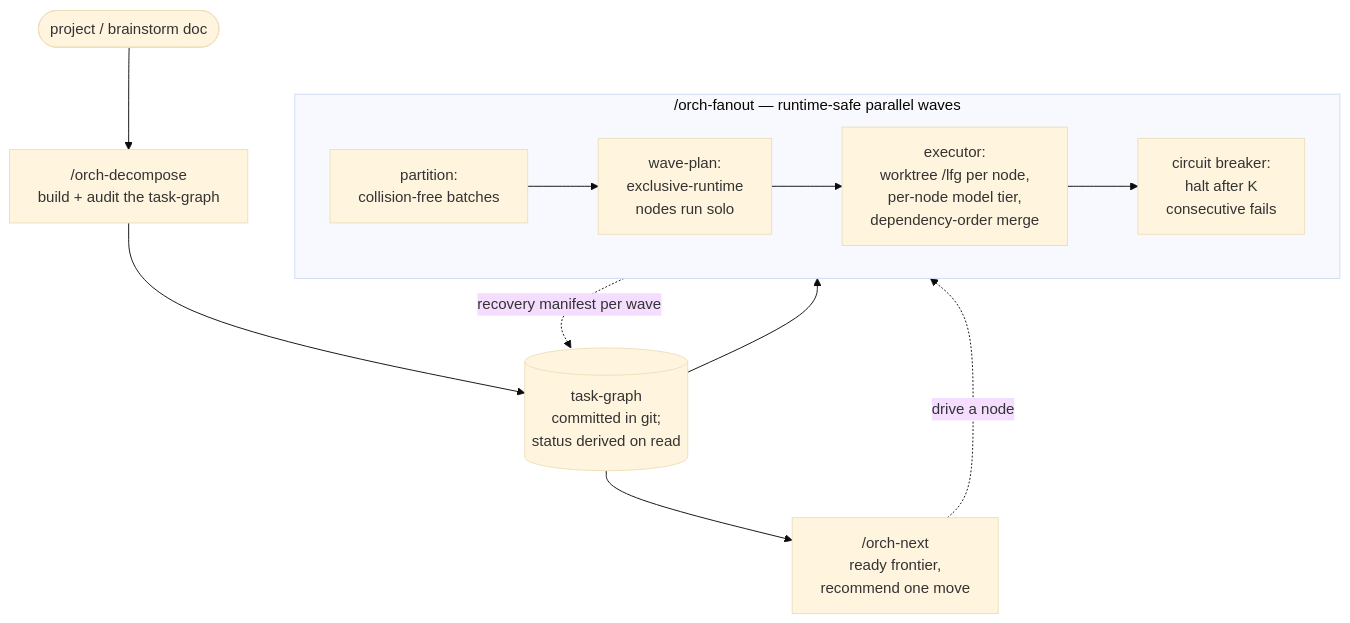
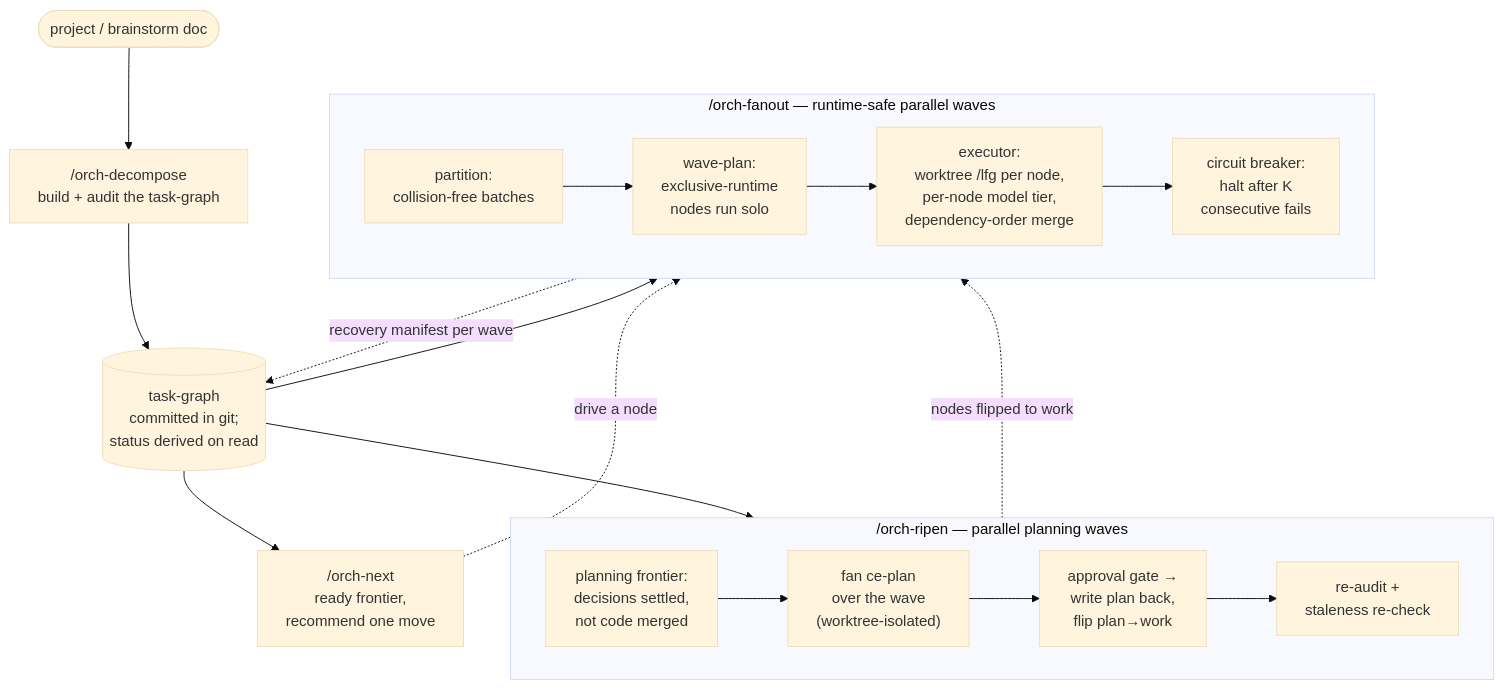
One commit to pjhoberman/compound-engineering-orchestrator changed the diagram in README.md. Above: the diagram before and after it, drawn with Mermaid (base theme). The commit also changed other lines of this file and 28 other files, not shown here.

````diff
--- a/README.md
+++ b/README.md
@@ -22,15 +22,23 @@
 ```mermaid
 flowchart TB
     P(["project / brainstorm doc"]) --> OD["/orch-decompose<br/>build + audit the task-graph"]
     OD --> TG[("task-graph<br/>committed in git;<br/>status derived on read")]
     TG --> ON["/orch-next<br/>ready frontier,<br/>recommend one move"]
+    TG --> OR
     TG --> OF
+    subgraph OR["/orch-ripen — parallel planning waves"]
+        direction LR
+        PF["planning frontier:<br/>decisions settled,<br/>not code merged"] --> CP["fan ce-plan<br/>over the wave<br/>(worktree-isolated)"]
+        CP --> WB["approval gate →<br/>write plan back,<br/>flip plan→work"]
+        WB --> RA["re-audit +<br/>staleness re-check"]
+    end
     subgraph OF["/orch-fanout — runtime-safe parallel waves"]
         direction LR
         PA["partition:<br/>collision-free batches"] --> WP["wave-plan:<br/>exclusive-runtime<br/>nodes run solo"]
         WP --> EX["executor:<br/>worktree /lfg per node,<br/>per-node model tier,<br/>dependency-order merge"]
         EX --> CB["circuit breaker:<br/>halt after K<br/>consecutive fails"]
     end
     ON -.->|drive a node| OF
+    OR -.->|nodes flipped to work| OF
     OF -.->|recovery manifest per wave| TG
 ```
````
